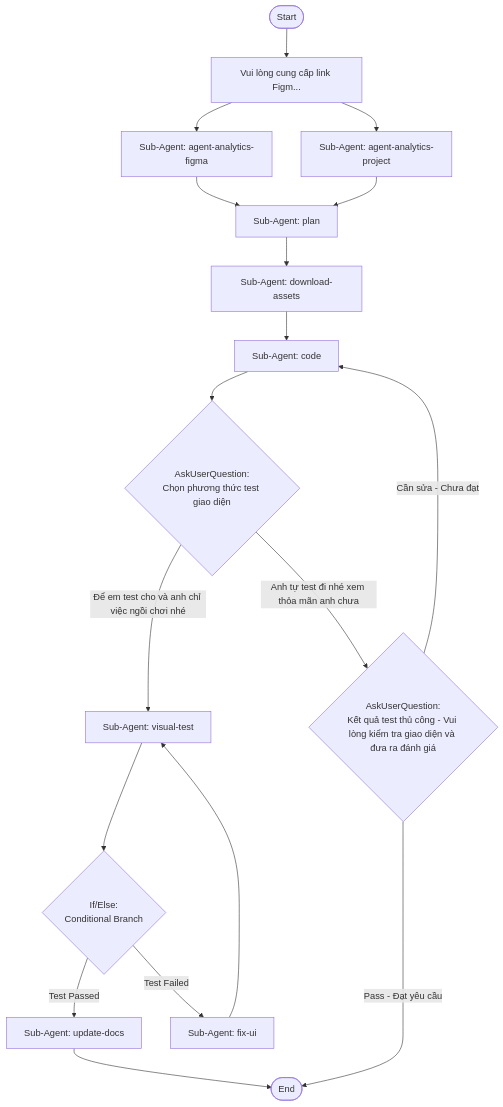
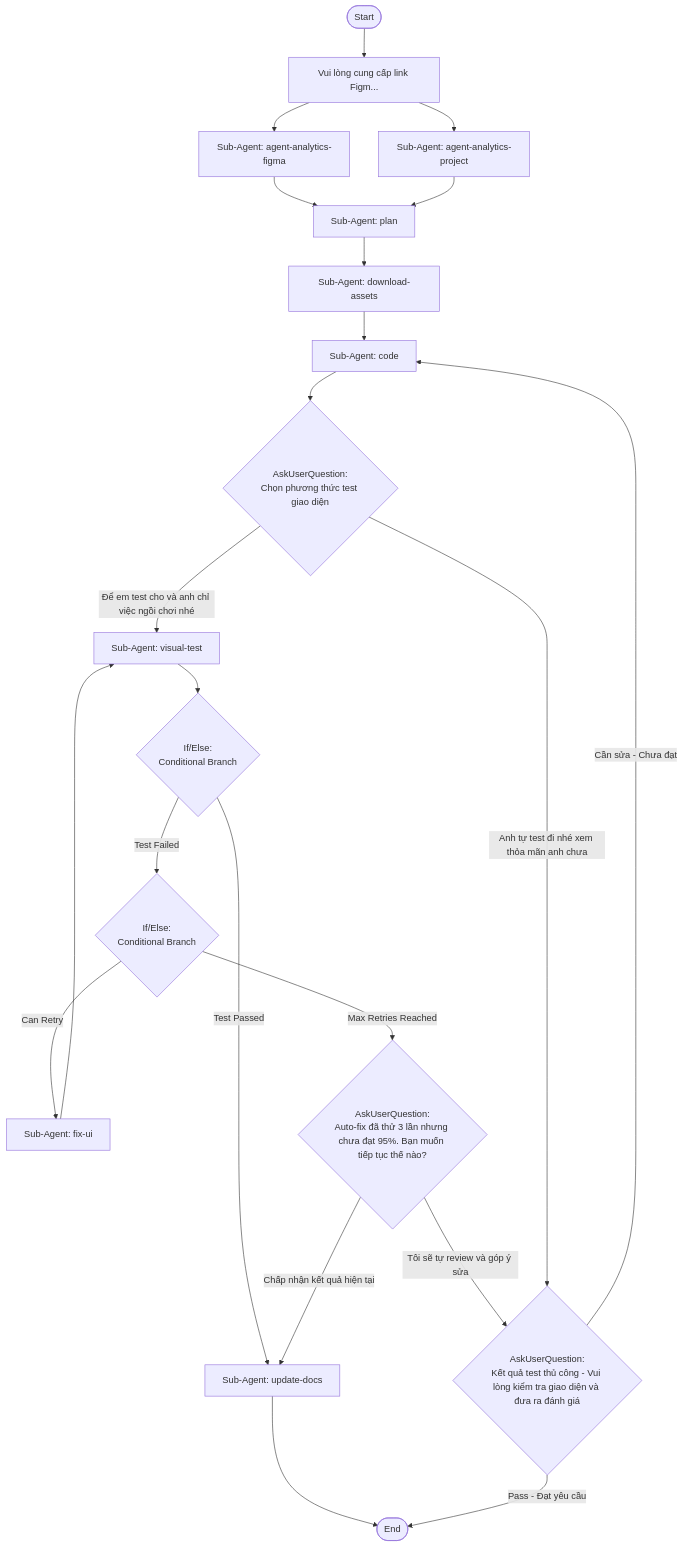
Before and after one commit to smit-khoa/template-client-shadcn-vue: the diagram in .claude/commands/go-2.md, drawn with Mermaid. The commit also changed other lines of this file and 26 other files, not shown here.

````diff
--- a/.claude/commands/go-2.md
+++ b/.claude/commands/go-2.md
@@ -4,35 +4,41 @@
 ```mermaid
 flowchart TD
-    start_node_default([Start])
-    prompt_figma_link[Vui lòng cung cấp link Figm...]
+    start-node-default([Start])
+    prompt-figma-link[Vui lòng cung cấp link Figm...]
     end_node_default([End])
-    agent_1770621158350[Sub-Agent: agent-analytics-figma]
-    agent_1770621482261[Sub-Agent: agent-analytics-project]
-    agent_1770621677356[Sub-Agent: plan]
-    agent_download_assets[Sub-Agent: download-assets]
-    agent_1770622516467[Sub-Agent: code]
-    agent_visual_test[Sub-Agent: visual-test]
-    ifelse_test_result{If/Else:<br/>Conditional Branch}
-    agent_update_docs[Sub-Agent: update-docs]
-    agent_fix_ui[Sub-Agent: fix-ui]
-    question_1773479912725{AskUserQuestion:<br/>Chọn phương thức test giao diện}
-    question_manual_feedback{AskUserQuestion:<br/>Kết quả test thủ công - Vui lòng kiểm tra giao diện và đưa ra đánh giá}
+    agent-1770621158350[Sub-Agent: agent-analytics-figma]
+    agent-1770621482261[Sub-Agent: agent-analytics-project]
+    agent-1770621677356[Sub-Agent: plan]
+    agent-download-assets[Sub-Agent: download-assets]
+    agent-1770622516467[Sub-Agent: code]
+    agent-visual-test[Sub-Agent: visual-test]
+    ifelse-test-result{If/Else:<br/>Conditional Branch}
+    agent-update-docs[Sub-Agent: update-docs]
+    ifelse-retry-limit{If/Else:<br/>Conditional Branch}
+    agent-fix-ui[Sub-Agent: fix-ui]
+    question-1773479912725{AskUserQuestion:<br/>Chọn phương thức test giao diện}
+    question-manual-feedback{AskUserQuestion:<br/>Kết quả test thủ công - Vui lòng kiểm tra giao diện và đưa ra đánh giá}
+    question-retry-exceeded{AskUserQuestion:<br/>Auto-fix đã thử 3 lần nhưng chưa đạt 95%. Bạn muốn tiếp tục thế nào?}
 
-    start_node_default --> prompt_figma_link
-    prompt_figma_link --> agent_1770621158350
-    prompt_figma_link --> agent_1770621482261
-    agent_1770621158350 --> agent_1770621677356
-    agent_1770621482261 --> agent_1770621677356
-    agent_1770621677356 --> agent_download_assets
-    agent_download_assets --> agent_1770622516467
-    agent_visual_test --> ifelse_test_result
-    ifelse_test_result -->|Test Passed| agent_update_docs
-    ifelse_test_result -->|Test Failed| agent_fix_ui
-    agent_fix_ui --> agent_visual_test
-    agent_update_docs --> end_node_default
-    agent_1770622516467 --> question_1773479912725
-    question_1773479912725 -->|Để em test cho và anh chỉ việc ngồi chơi nhé| agent_visual_test
-    question_1773479912725 -->|Anh tự test đi nhé xem thỏa mãn anh chưa| question_manual_feedback
-    question_manual_feedback -->|Pass - Đạt yêu cầu| end_node_default
-    question_manual_feedback -->|Cần sửa - Chưa đạt| agent_1770622516467
+    start-node-default --> prompt-figma-link
+    prompt-figma-link --> agent-1770621158350
+    prompt-figma-link --> agent-1770621482261
+    agent-1770621158350 --> agent-1770621677356
+    agent-1770621482261 --> agent-1770621677356
+    agent-1770621677356 --> agent-download-assets
+    agent-download-assets --> agent-1770622516467
+    agent-visual-test --> ifelse-test-result
+    ifelse-test-result -->|Test Passed| agent-update-docs
+    ifelse-test-result -->|Test Failed| ifelse-retry-limit
+    ifelse-retry-limit -->|Can Retry| agent-fix-ui
+    ifelse-retry-limit -->|Max Retries Reached| question-retry-exceeded
+    question-retry-exceeded -->|Tôi sẽ tự review và góp ý sửa| question-manual-feedback
+    question-retry-exceeded -->|Chấp nhận kết quả hiện tại| agent-update-docs
+    agent-fix-ui --> agent-visual-test
+    agent-update-docs --> end_node_default
+    agent-1770622516467 --> question-1773479912725
+    question-1773479912725 -->|Để em test cho và anh chỉ việc ngồi chơi nhé| agent-visual-test
+    question-1773479912725 -->|Anh tự test đi nhé xem thỏa mãn anh chưa| question-manual-feedback
+    question-manual-feedback -->|Pass - Đạt yêu cầu| end_node_default
+    question-manual-feedback -->|Cần sửa - Chưa đạt| agent-1770622516467
 ```
````
